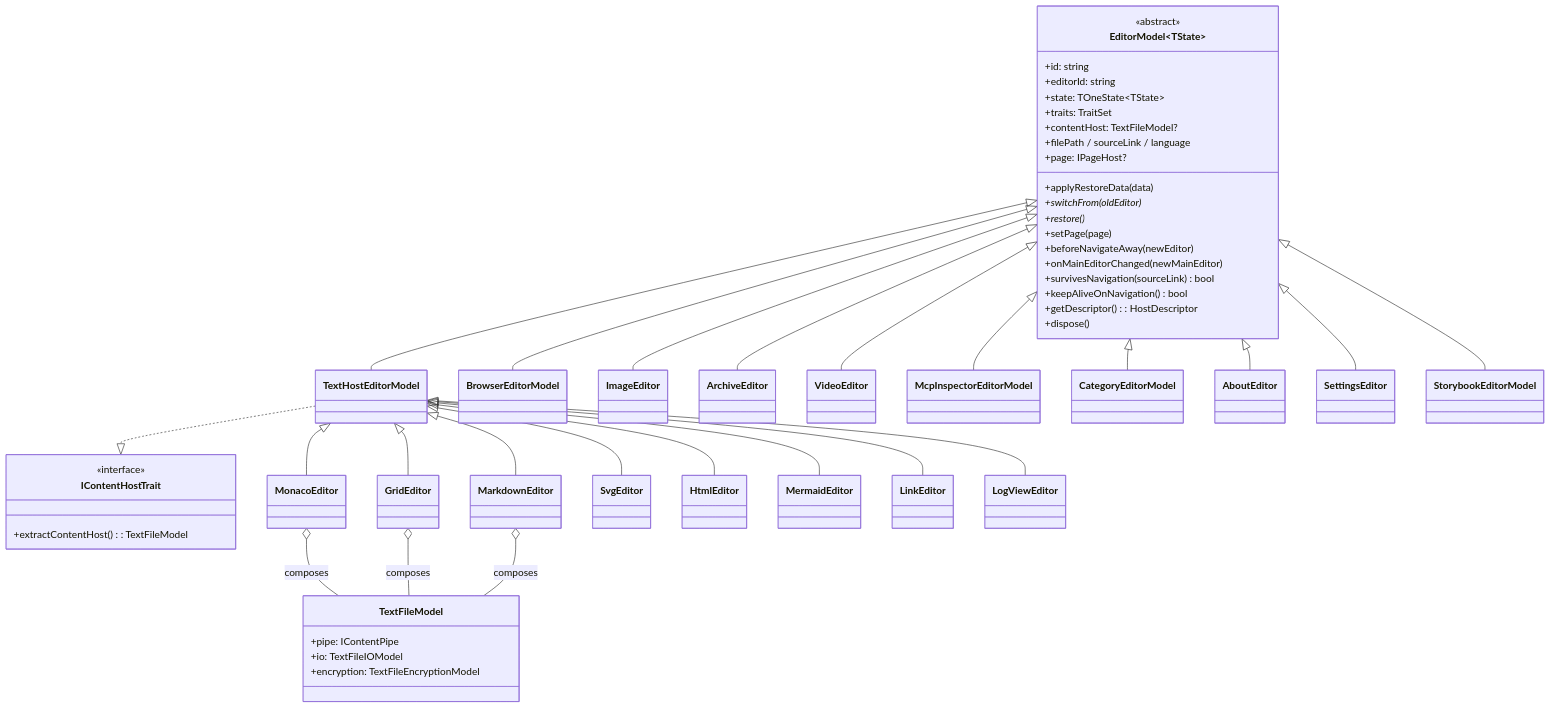
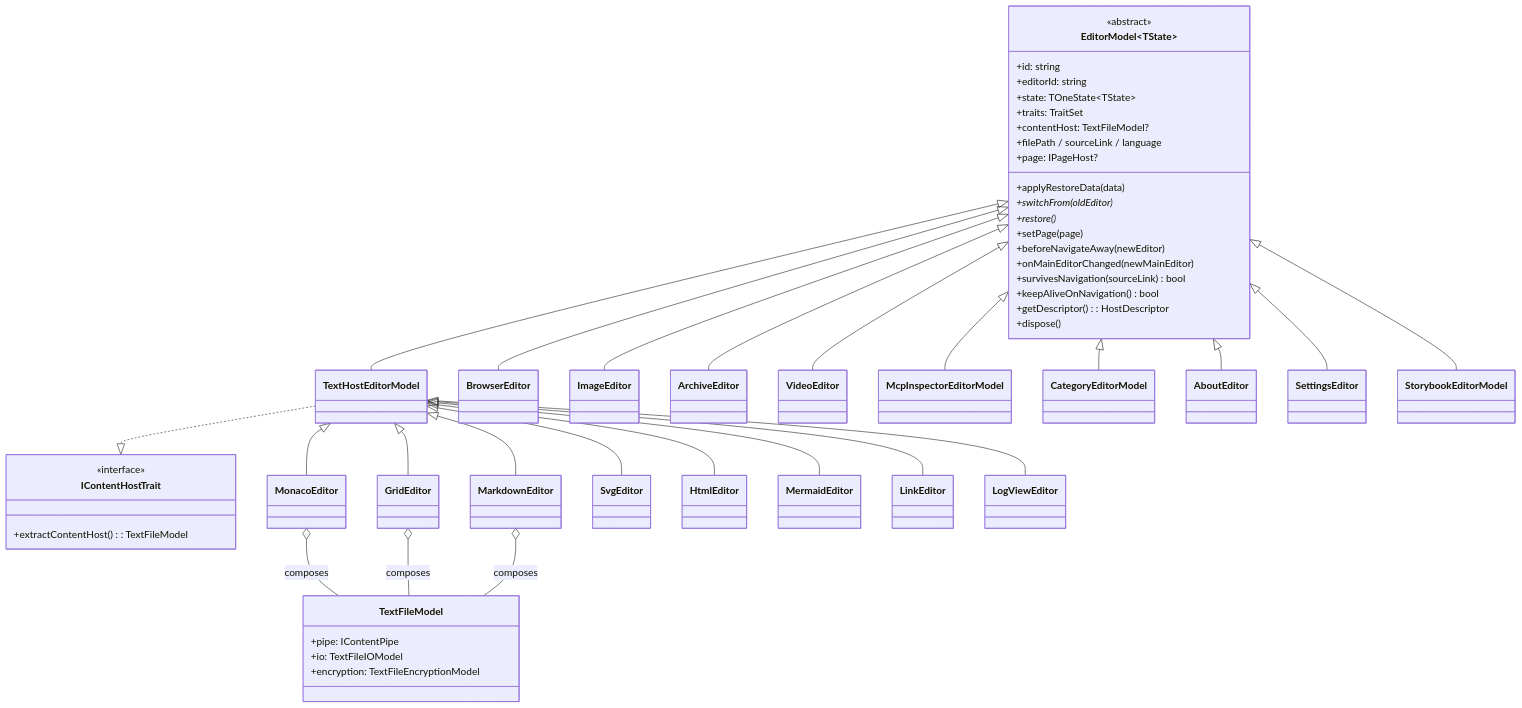
Before and after one commit to andriy-viyatyk/persephone: the diagram in doc/architecture/diagrams/4-class-hierarchy.mmd, drawn with Mermaid. The commit also changed 45 other files, not shown here.

Commit message:
EPIC-158: Refactoring Phase 6.1 part 1 - browser module shape, shared rules and the BrowserWebviewModel split

```diff
--- a/doc/architecture/diagrams/4-class-hierarchy.mmd
+++ b/doc/architecture/diagrams/4-class-hierarchy.mmd
@@ -1,57 +1,57 @@
 classDiagram
     class EditorModel~TState~ {
         <<abstract>>
         +id: string
         +editorId: string
         +state: TOneState~TState~
         +traits: TraitSet
         +contentHost: TextFileModel?
         +filePath / sourceLink / language
         +page: IPageHost?
         +applyRestoreData(data)
         +switchFrom(oldEditor)*
         +restore()*
         +setPage(page)
         +beforeNavigateAway(newEditor)
         +onMainEditorChanged(newMainEditor)
         +survivesNavigation(sourceLink) bool
         +keepAliveOnNavigation() bool
         +getDescriptor(): HostDescriptor
         +dispose()
     }
 
     class IContentHostTrait {
         <<interface>>
         +extractContentHost(): TextFileModel
     }
 
     class TextFileModel {
         +pipe: IContentPipe
         +io: TextFileIOModel
         +encryption: TextFileEncryptionModel
     }
 
     EditorModel <|-- TextHostEditorModel
     TextHostEditorModel <|-- MonacoEditor
     TextHostEditorModel <|-- GridEditor
     TextHostEditorModel <|-- MarkdownEditor
     TextHostEditorModel <|-- SvgEditor
     TextHostEditorModel <|-- HtmlEditor
     TextHostEditorModel <|-- MermaidEditor
     TextHostEditorModel <|-- LinkEditor
     TextHostEditorModel <|-- LogViewEditor
-    EditorModel <|-- BrowserEditorModel
+    EditorModel <|-- BrowserEditor
     EditorModel <|-- ImageEditor
     EditorModel <|-- ArchiveEditor
     EditorModel <|-- VideoEditor
     EditorModel <|-- McpInspectorEditorModel
     EditorModel <|-- CategoryEditorModel
     EditorModel <|-- AboutEditor
     EditorModel <|-- SettingsEditor
     EditorModel <|-- StorybookEditorModel
 
     TextHostEditorModel ..|> IContentHostTrait
 
     MonacoEditor o-- TextFileModel : composes
     GridEditor o-- TextFileModel : composes
     MarkdownEditor o-- TextFileModel : composes
```
